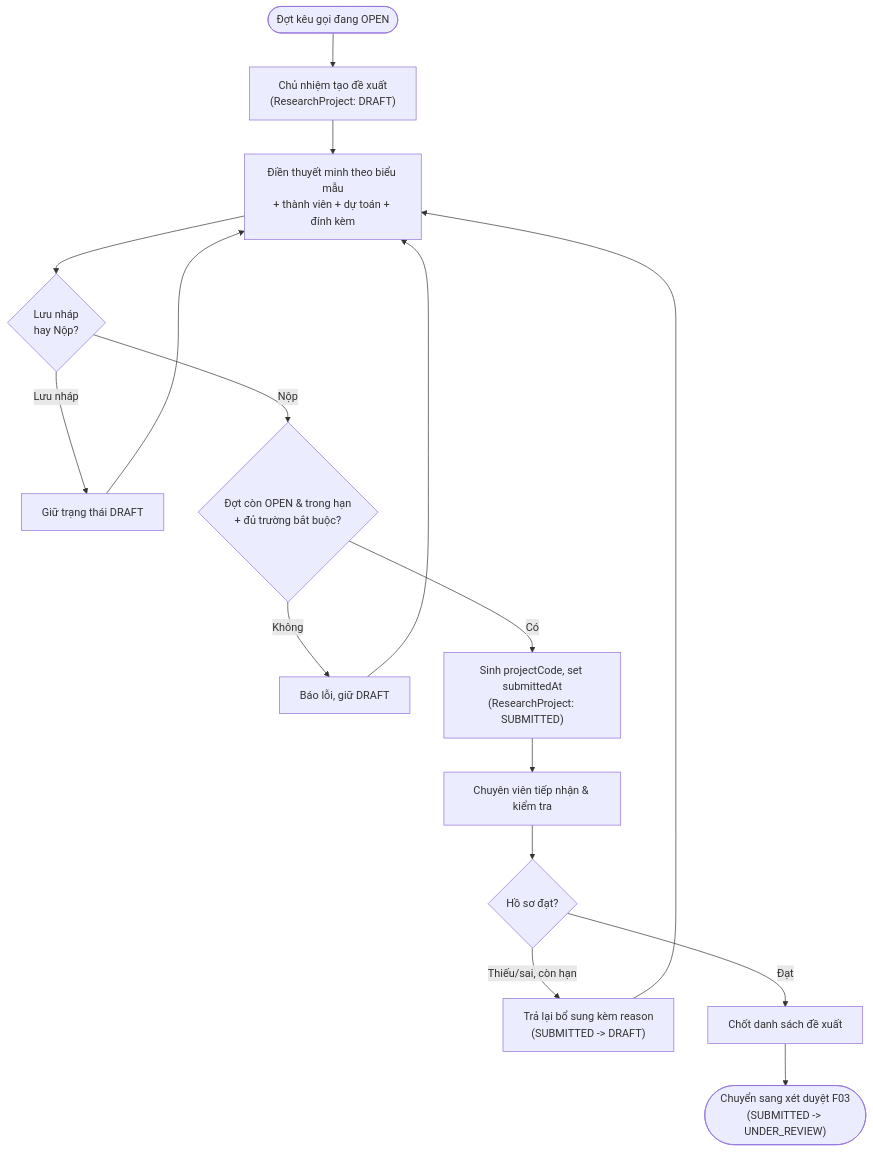
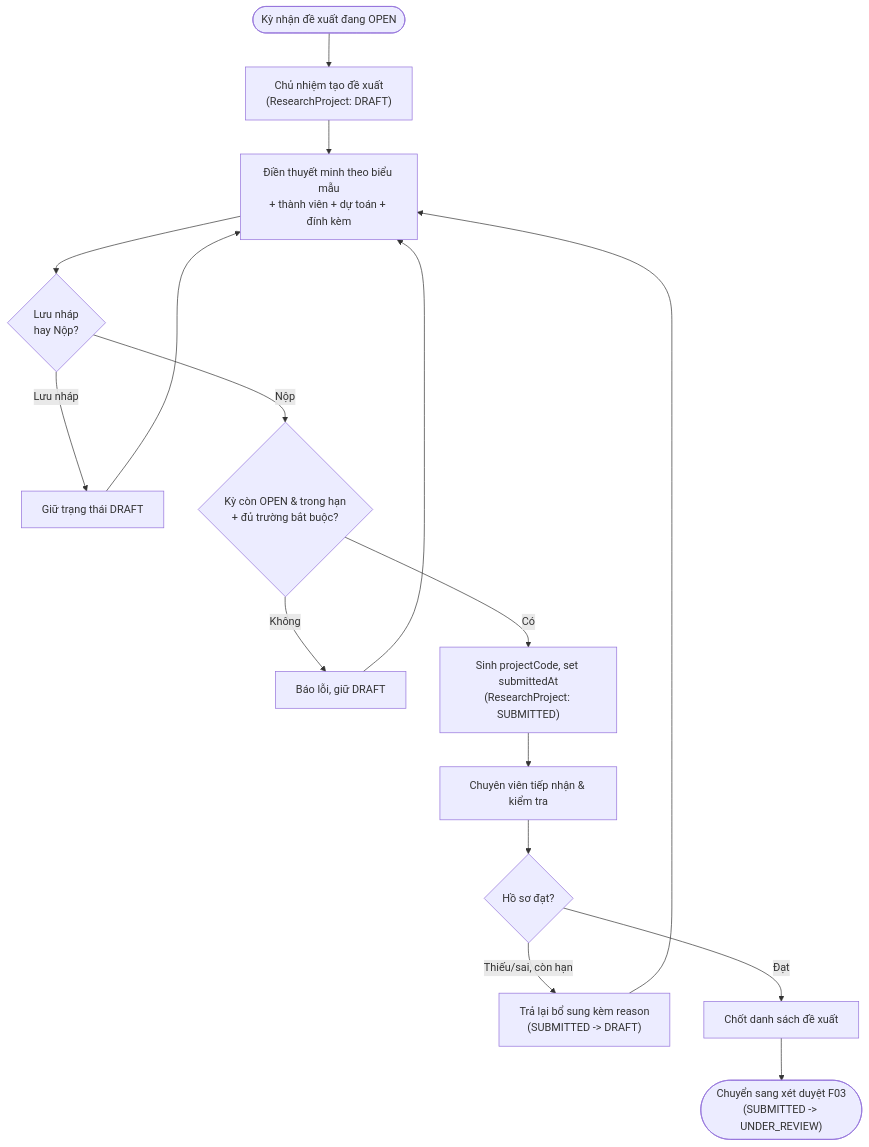
One commit to PTZero2026/rms-docs changed the diagram in docs/features/F01-de-xuat-de-tai/spec.md. Above: the diagram before and after it, drawn with Mermaid. The commit also changed other lines of this file and 25 other files, not shown here.

````diff
--- a/docs/features/F01-de-xuat-de-tai/spec.md
+++ b/docs/features/F01-de-xuat-de-tai/spec.md
@@ -51,18 +51,18 @@
 ```mermaid
 flowchart TD
-    start([Đợt kêu gọi đang OPEN]) --> create["Chủ nhiệm tạo đề xuất<br/>(ResearchProject: DRAFT)"]
+    start([Kỳ nhận đề xuất đang OPEN]) --> create["Chủ nhiệm tạo đề xuất<br/>(ResearchProject: DRAFT)"]
     create --> edit["Điền thuyết minh theo biểu mẫu<br/>+ thành viên + dự toán + đính kèm"]
     edit --> save{"Lưu nháp<br/>hay Nộp?"}
     save -->|Lưu nháp| draft["Giữ trạng thái DRAFT"]
     draft --> edit
-    save -->|Nộp| validate{"Đợt còn OPEN &amp; trong hạn<br/>+ đủ trường bắt buộc?"}
+    save -->|Nộp| validate{"Kỳ còn OPEN &amp; trong hạn<br/>+ đủ trường bắt buộc?"}
     validate -->|Không| reject["Báo lỗi, giữ DRAFT"]
     reject --> edit
     validate -->|Có| submit["Sinh projectCode, set submittedAt<br/>(ResearchProject: SUBMITTED)"]
     submit --> receive["Chuyên viên tiếp nhận &amp; kiểm tra"]
     receive --> check{"Hồ sơ đạt?"}
     check -->|Thiếu/sai, còn hạn| back["Trả lại bổ sung kèm reason<br/>(SUBMITTED -> DRAFT)"]
     back --> edit
     check -->|Đạt| lock["Chốt danh sách đề xuất"]
     lock --> f03(["Chuyển sang xét duyệt F03<br/>(SUBMITTED -> UNDER_REVIEW)"])
 ```
````
